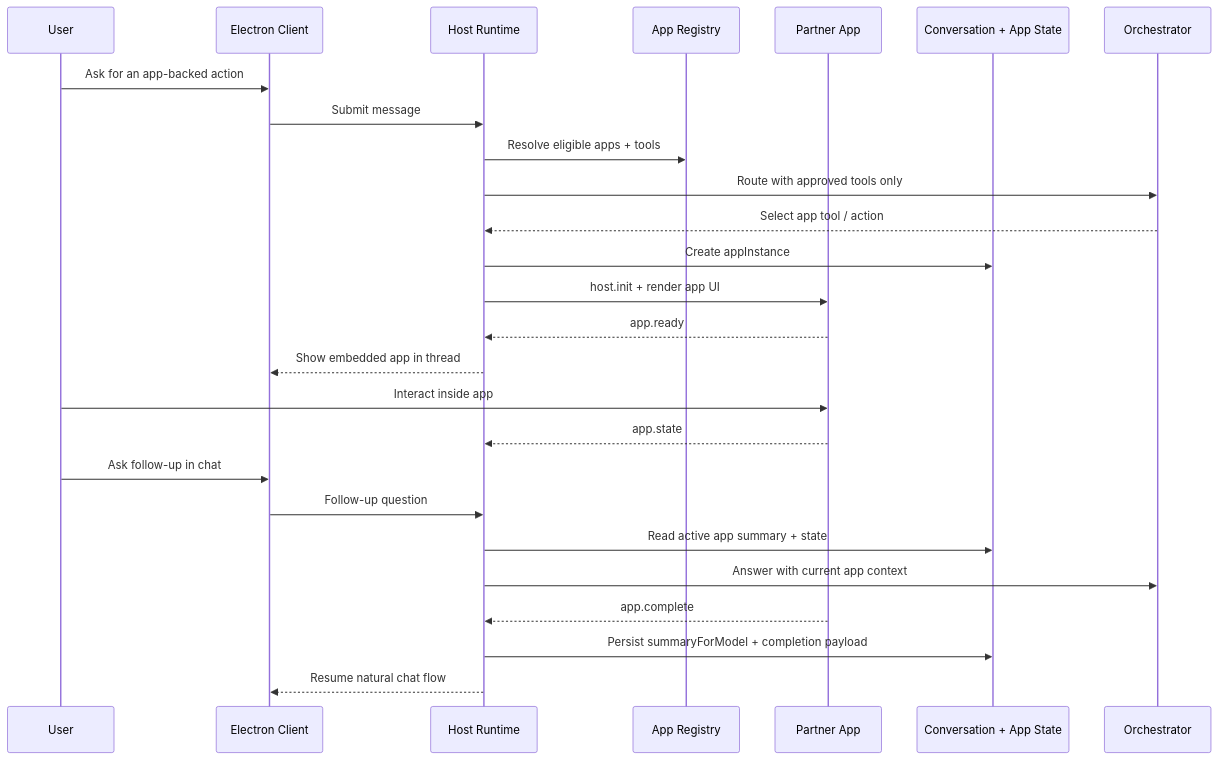
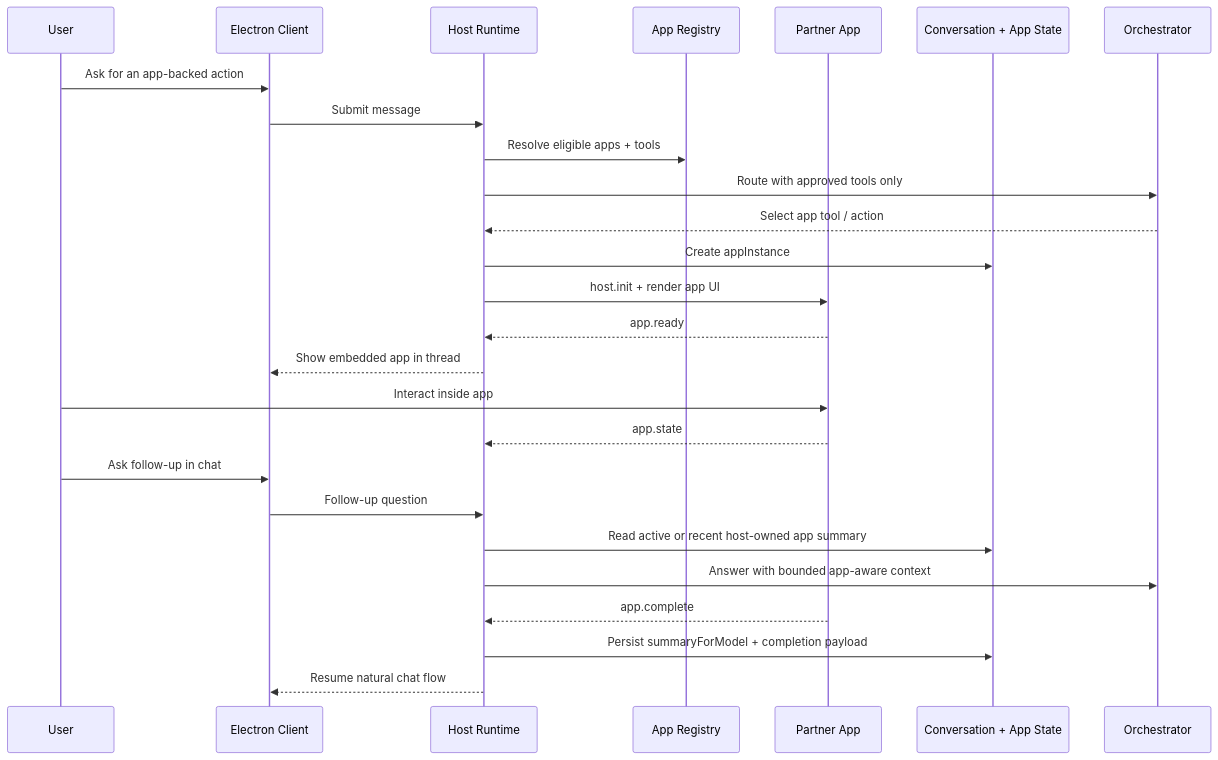
The fourth of 7 diagrams in chatbridge/ARCHITECTURE.md (chatboxai/chatbox), drawn with Mermaid before and after one commit. The commit also changed other lines of this file and 12 other files, not shown here.

First line of the commit message:
feat(chatbridge): inject active app context into later turns

````diff
--- a/chatbridge/ARCHITECTURE.md
+++ b/chatbridge/ARCHITECTURE.md
@@ -194,29 +197,29 @@
 ```mermaid
 sequenceDiagram
     participant User
     participant Client as Electron Client
     participant Host as Host Runtime
     participant Registry as App Registry
     participant App as Partner App
     participant Store as Conversation + App State
     participant LLM as Orchestrator
 
     User->>Client: Ask for an app-backed action
     Client->>Host: Submit message
     Host->>Registry: Resolve eligible apps + tools
     Host->>LLM: Route with approved tools only
     LLM-->>Host: Select app tool / action
     Host->>Store: Create appInstance
     Host->>App: host.init + render app UI
     App-->>Host: app.ready
     Host-->>Client: Show embedded app in thread
     User->>App: Interact inside app
     App-->>Host: app.state
     User->>Client: Ask follow-up in chat
     Client->>Host: Follow-up question
-    Host->>Store: Read active app summary + state
-    Host->>LLM: Answer with current app context
+    Host->>Store: Read active or recent host-owned app summary
+    Host->>LLM: Answer with bounded app-aware context
     App-->>Host: app.complete
     Host->>Store: Persist summaryForModel + completion payload
     Host-->>Client: Resume natural chat flow
 ```
````
